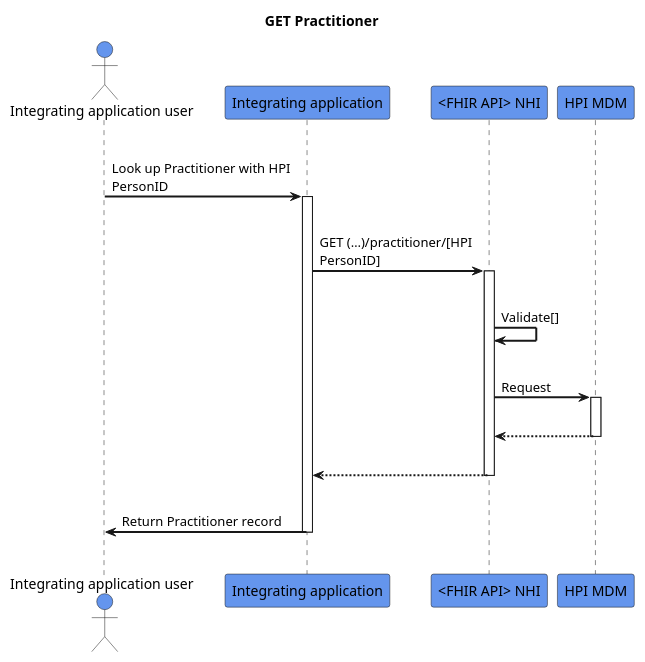
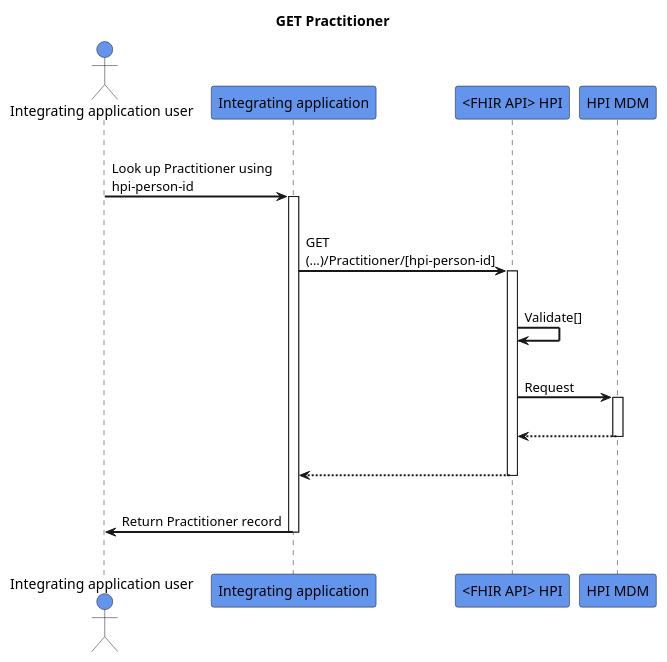
The diagram in input/images-source/get-practitioner.plantuml (HL7NZ/hpi), drawn with PlantUML before and after one commit.

```diff
--- a/input/images-source/get-practitioner.plantuml
+++ b/input/images-source/get-practitioner.plantuml
@@ -1,33 +1,33 @@
 @startuml
 skinparam sequenceArrowThickness 2
 skinparam roundcorner 5
 skinparam maxmessagesize 180
 skinparam sequenceParticipant bold
 title GET Practitioner
 actor "Integrating application user" as User #CornflowerBlue
 participant "Integrating application" as A #CornflowerBlue
-participant "<FHIR API> NHI" as B #CornflowerBlue
+participant "<FHIR API> HPI" as B #CornflowerBlue
 participant "HPI MDM" as C #CornflowerBlue
 |||
-User -> A: Look up Practitioner with HPI PersonID
+User -> A: Look up Practitioner using hpi-person-id
 activate A
 |||
-A -> B: GET (…)/practitioner/[HPI PersonID]
+A -> B: GET (…)/Practitioner/[hpi-person-id]
 activate B
 |||
 B -> B: Validate[]
 |||
 B -> C: Request
 activate C
 |||
 
 C -[dashed]-> B:  
 deactivate C
 |||
 B -[dashed]-> A:
 deactivate B
 |||
 A -> User: Return Practitioner record
 deactivate A
 |||
 @enduml
```
